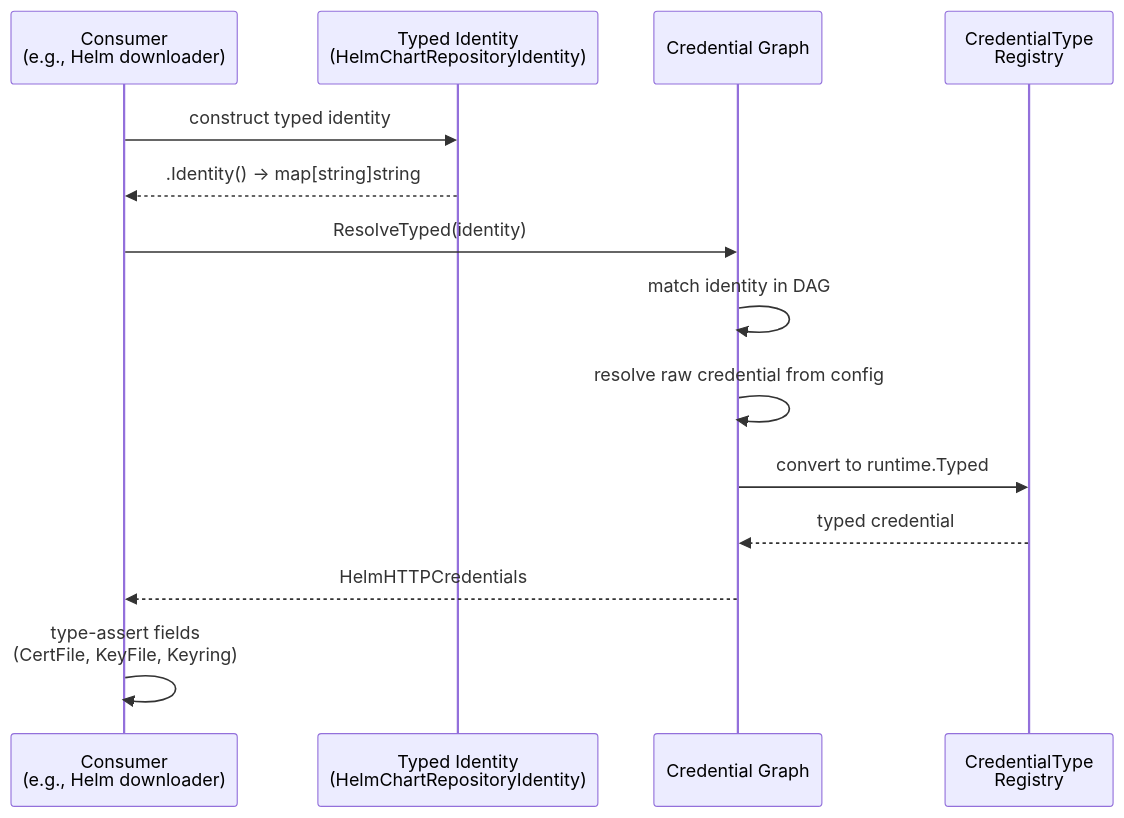
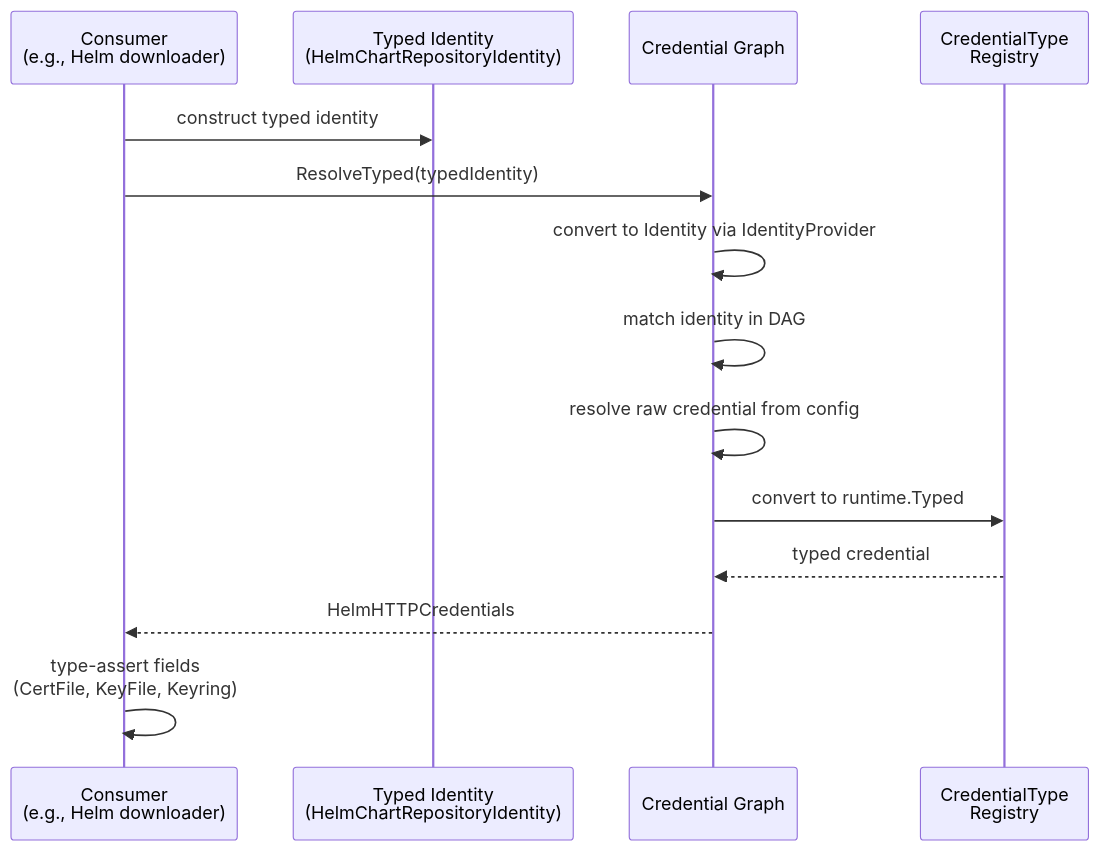
Before and after one commit to open-component-model/open-component-model: the first of 2 diagrams in docs/adr/0018_typed_credentials.md, drawn with Mermaid. The commit also changed other lines of this file and 12 other files, not shown here.

First line of the commit message:
feat: remove credentialacceptor, migrate identity to typed

````diff
--- a/docs/adr/0018_typed_credentials.md
+++ b/docs/adr/0018_typed_credentials.md
@@ -100,17 +113,17 @@
 ```mermaid
 sequenceDiagram
     participant C as Consumer<br/>(e.g., Helm downloader)
     participant I as Typed Identity<br/>(HelmChartRepositoryIdentity)
     participant G as Credential Graph
     participant S as CredentialType<br/>Registry
 
     C->>I: construct typed identity
-    I-->>C: .Identity() → map[string]string
-    C->>G: ResolveTyped(identity)
+    C->>G: ResolveTyped(typedIdentity)
+    G->>G: convert to Identity via IdentityProvider
     G->>G: match identity in DAG
     G->>G: resolve raw credential from config
     G->>S: convert to runtime.Typed
     S-->>G: typed credential
     G-->>C: HelmHTTPCredentials
     C->>C: type-assert fields<br/>(CertFile, KeyFile, Keyring)
 ```
````
